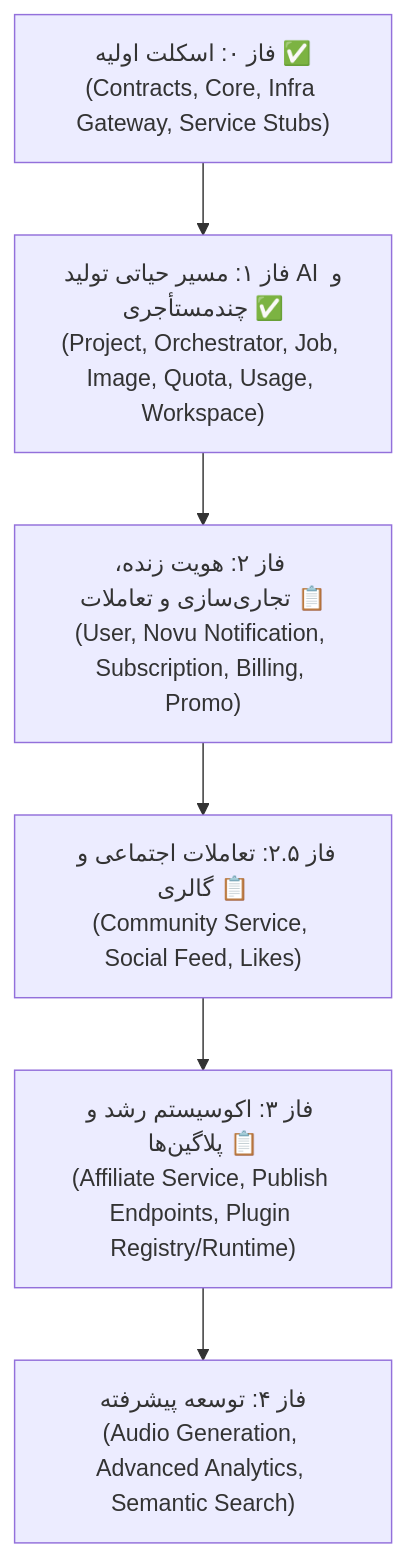
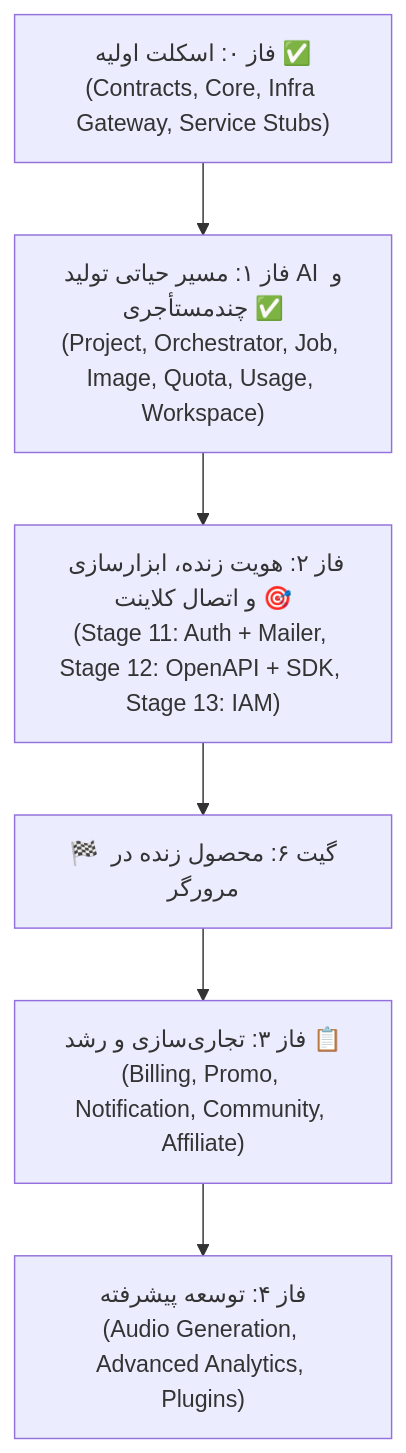
The diagram in docs/lemmo/03-backend/services.md (itstalentnet/dotdive), drawn with Mermaid before and after one commit. The commit also changed other lines of this file and 3 other files, not shown here.

Commit message:
docs(architecture): ratify ADR-015 for unified identity, automatic auth entry, and session lifecycle

````diff
--- a/docs/lemmo/03-backend/services.md
+++ b/docs/lemmo/03-backend/services.md
@@ -183,8 +192,8 @@
 ```mermaid
 flowchart TD
     P0["فاز ۰: اسکلت اولیه ✅<br/>(Contracts, Core, Infra Gateway, Service Stubs)"] --> P1["فاز ۱: مسیر حیاتی تولید AI و چندمستأجری ✅<br/>(Project, Orchestrator, Job, Image, Quota, Usage, Workspace)"]
-    P1 --> P2["فاز ۲: هویت زنده، تجاری‌سازی و تعاملات 📋<br/>(User, Novu Notification, Subscription, Billing, Promo)"]
-    P2 --> P25["فاز ۲.۵: تعاملات اجتماعی و گالری 📋<br/>(Community Service, Social Feed, Likes)"]
-    P25 --> P3["فاز ۳: اکوسیستم رشد و پلاگین‌ها 📋<br/>(Affiliate Service, Publish Endpoints, Plugin Registry/Runtime)"]
-    P3 --> P4["فاز ۴: توسعه پیشرفته<br/>(Audio Generation, Advanced Analytics, Semantic Search)"]
+    P1 --> P2["فاز ۲: هویت زنده، ابزارسازی و اتصال کلاینت 🎯<br/>(Stage 11: Auth + Mailer, Stage 12: OpenAPI + SDK, Stage 13: IAM)"]
+    P2 --> Gate6["🏁 گیت ۶: محصول زنده در مرورگر"]
+    Gate6 --> P3["فاز ۳: تجاری‌سازی و رشد 📋<br/>(Billing, Promo, Notification, Community, Affiliate)"]
+    P3 --> P4["فاز ۴: توسعه پیشرفته<br/>(Audio Generation, Advanced Analytics, Plugins)"]
 ```
````
